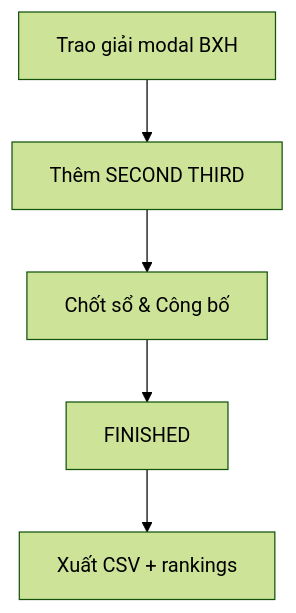
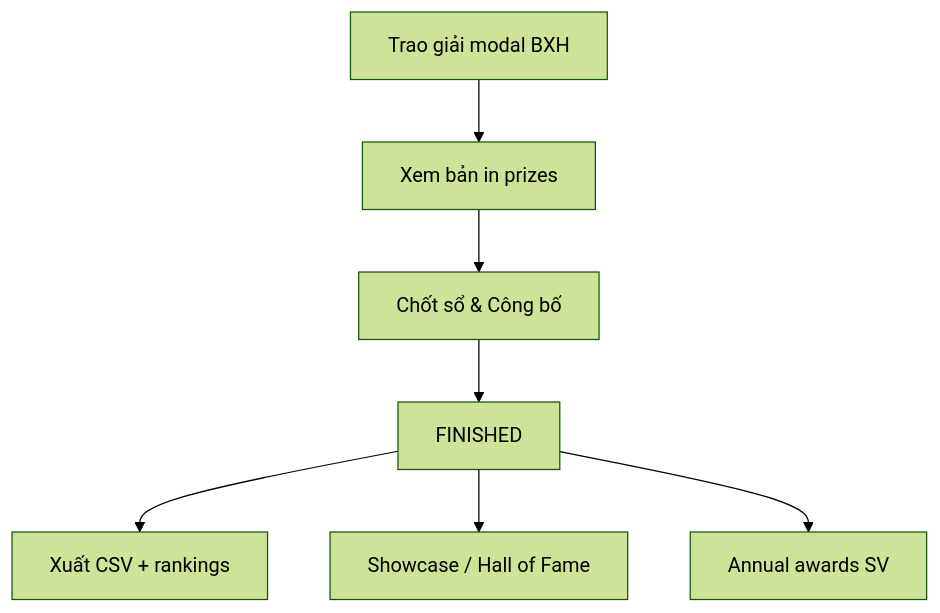
One commit to MANAGEMENT-SEAL-HACKATHON/BE changed the second of 2 diagrams in docs/defense-panel/gd5-gd6-defense-playbook.md. Above: the diagram before and after it, drawn with Mermaid (forest theme). The commit also changed other lines of this file and 5 other files, not shown here.

````diff
--- a/docs/defense-panel/gd5-gd6-defense-playbook.md
+++ b/docs/defense-panel/gd5-gd6-defense-playbook.md
@@ -149,7 +155,9 @@
 ```mermaid
 flowchart TD
-  A[Trao giải modal BXH] --> B[Thêm SECOND THIRD]
+  A[Trao giải modal BXH] --> B[Xem bản in prizes]
   B --> C[Chốt sổ & Công bố]
   C --> D[FINISHED]
   D --> E[Xuất CSV + rankings]
+  D --> F[Showcase / Hall of Fame]
+  D --> G[Annual awards SV]
 ```
````
